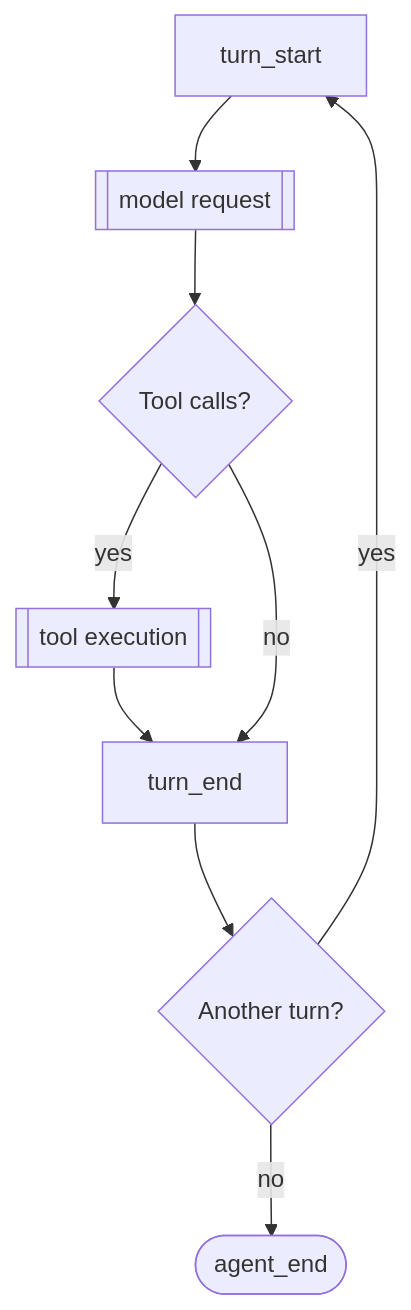
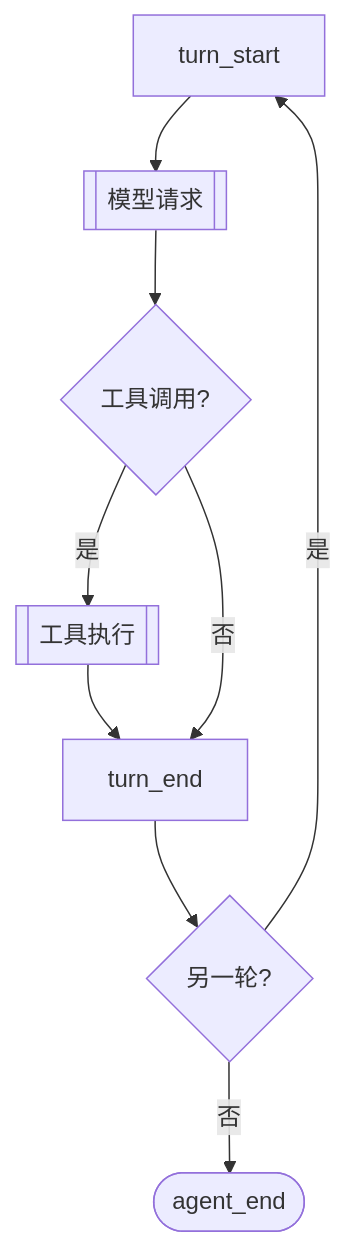
One commit to Lizhen0628/pi-dev-chinese changed the second of 3 diagrams in docs-md/extensions.md. Above: the diagram before and after it, drawn with Mermaid. The commit also changed other lines of this file and 6 other files, not shown here.

````diff
--- a/docs-md/extensions.md
+++ b/docs-md/extensions.md
@@ -82,11 +328,11 @@
 ```mermaid
 flowchart TD
-    TurnStart["turn_start"] --> Request[["model request"]]
-    Request --> ToolDecision{"Tool calls?"}
-    ToolDecision -->|yes| Tools[["tool execution"]]
+    TurnStart["turn_start"] --> Request[["模型请求"]]
+    Request --> ToolDecision{"工具调用?"}
+    ToolDecision -->|是| Tools[["工具执行"]]
     Tools --> TurnEnd["turn_end"]
-    ToolDecision -->|no| TurnEnd
-    TurnEnd --> MoreTurns{"Another turn?"}
-    MoreTurns -->|yes| TurnStart
-    MoreTurns -->|no| AgentEnd(["agent_end"])
+    ToolDecision -->|否| TurnEnd
+    TurnEnd --> MoreTurns{"另一轮?"}
+    MoreTurns -->|是| TurnStart
+    MoreTurns -->|否| AgentEnd(["agent_end"])
 ```
````
